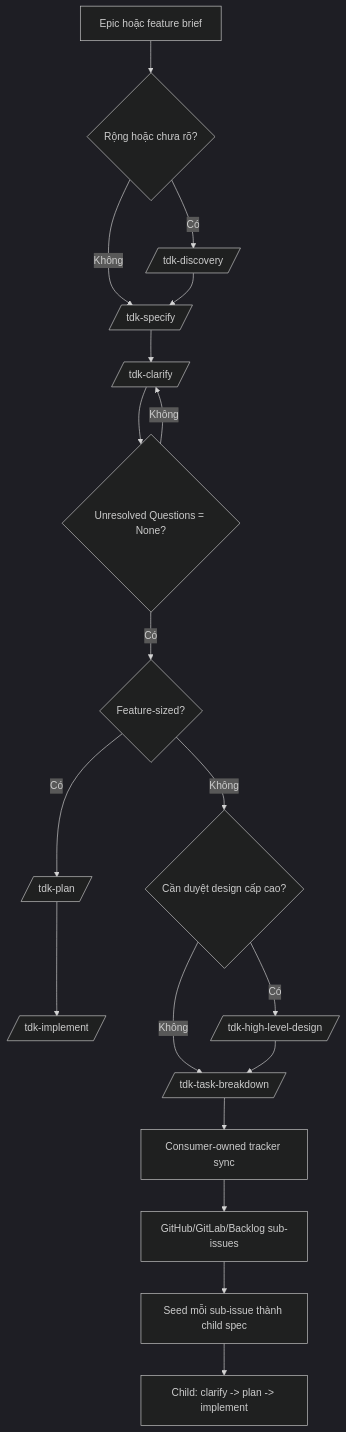
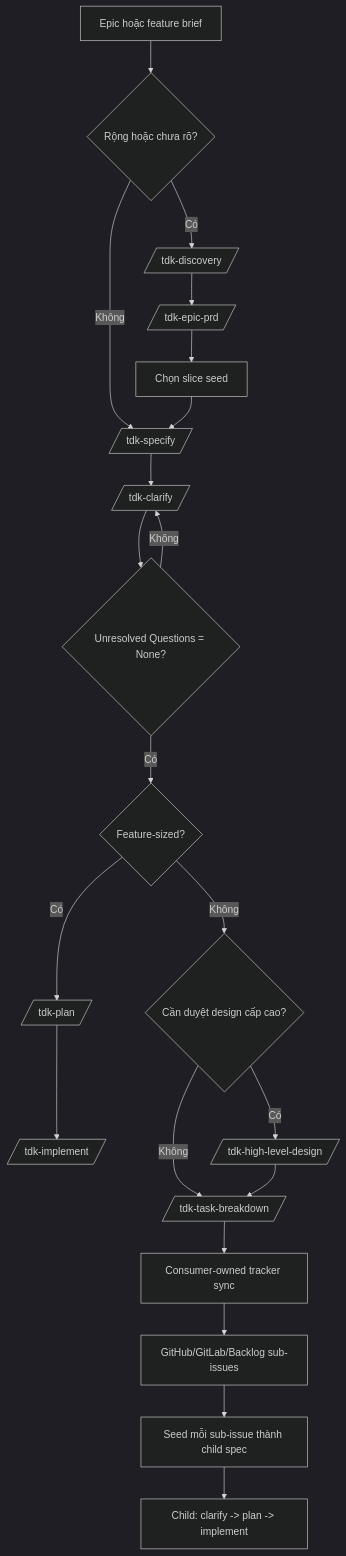
One commit to vinhltt/tdk changed the diagram in .specify/docs/vi/guides/epic-start-guide.md. Above: the diagram before and after it, drawn with Mermaid (dark theme). The commit also changed other lines of this file and 27 other files, not shown here.

````diff
--- a/.specify/docs/vi/guides/epic-start-guide.md
+++ b/.specify/docs/vi/guides/epic-start-guide.md
@@ -60,21 +63,23 @@
 ```mermaid
 flowchart TD
     A[Epic hoặc feature brief] --> B{Rộng hoặc chưa rõ?}
     B -->|Có| C[/tdk-discovery/]
     B -->|Không| D[/tdk-specify/]
-    C --> D
+    C --> R[/tdk-epic-prd/]
+    R --> X[Chọn slice seed]
+    X --> D
     D --> E[/tdk-clarify/]
     E --> F{Unresolved Questions = None?}
     F -->|Không| E
     F -->|Có| S{Feature-sized?}
     S -->|Có| P[/tdk-plan/]
     P --> Q[/tdk-implement/]
     S -->|Không| G{Cần duyệt design cấp cao?}
     G -->|Có| H[/tdk-high-level-design/]
     G -->|Không| I[/tdk-task-breakdown/]
     H --> I
     I --> J[Consumer-owned tracker sync]
     J --> K[GitHub/GitLab/Backlog sub-issues]
     K --> L[Seed mỗi sub-issue thành child spec]
     L --> M[Child: clarify -> plan -> implement]
 ```
````
